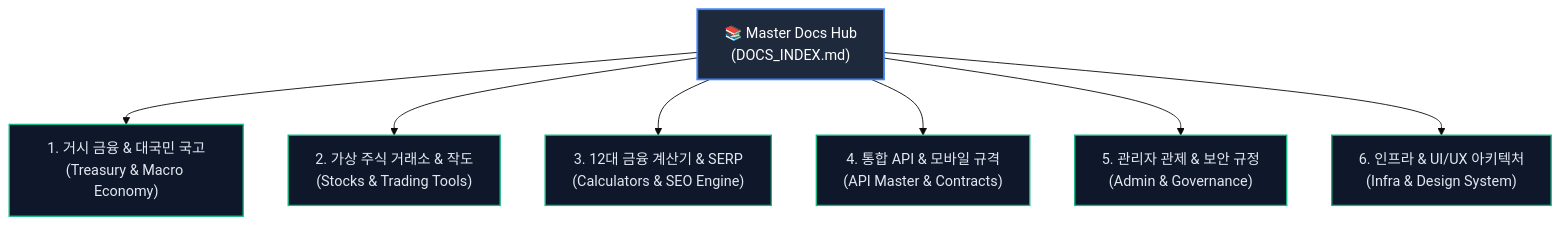
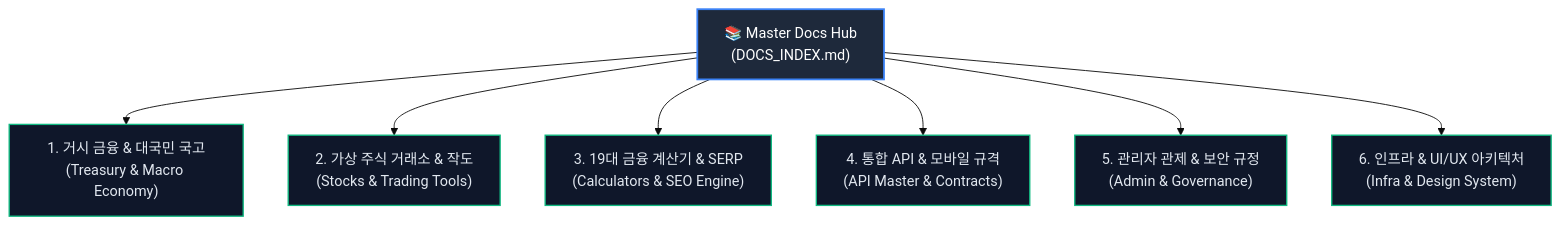
The diagram in docs/DOCS_INDEX.md (wtrdd1-hash/Woldeok-Moneyverse-Migration), drawn with Mermaid (base theme) before and after one commit. The commit also changed other lines of this file, not shown here.

````diff
--- a/docs/DOCS_INDEX.md
+++ b/docs/DOCS_INDEX.md
@@ -59,14 +64,14 @@
 ```mermaid
 graph TD
     Root["📚 Master Docs Hub<br/>(DOCS_INDEX.md)"] --> D1["1. 거시 금융 & 대국민 국고<br/>(Treasury & Macro Economy)"]
     Root --> D2["2. 가상 주식 거래소 & 작도<br/>(Stocks & Trading Tools)"]
-    Root --> D3["3. 12대 금융 계산기 & SERP<br/>(Calculators & SEO Engine)"]
+    Root --> D3["3. 19대 금융 계산기 & SERP<br/>(Calculators & SEO Engine)"]
     Root --> D4["4. 통합 API & 모바일 규격<br/>(API Master & Contracts)"]
     Root --> D5["5. 관리자 관제 & 보안 규정<br/>(Admin & Governance)"]
     Root --> D6["6. 인프라 & UI/UX 아키텍처<br/>(Infra & Design System)"]
 
     classDef rootStyle fill:#1e293b,stroke:#3b82f6,stroke-width:2px,color:#fff;
     classDef dStyle fill:#0f172a,stroke:#10b981,stroke-width:1.5px,color:#e2e8f0;
     class Root rootStyle;
     class D1,D2,D3,D4,D5,D6 dStyle;
 ```
````
